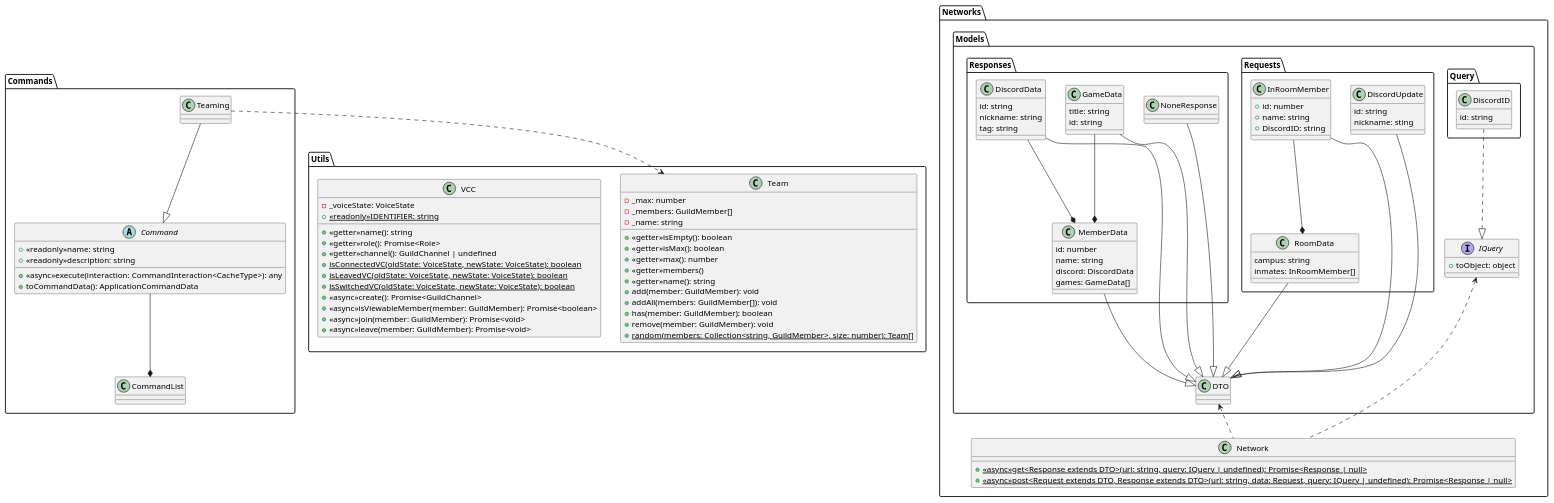
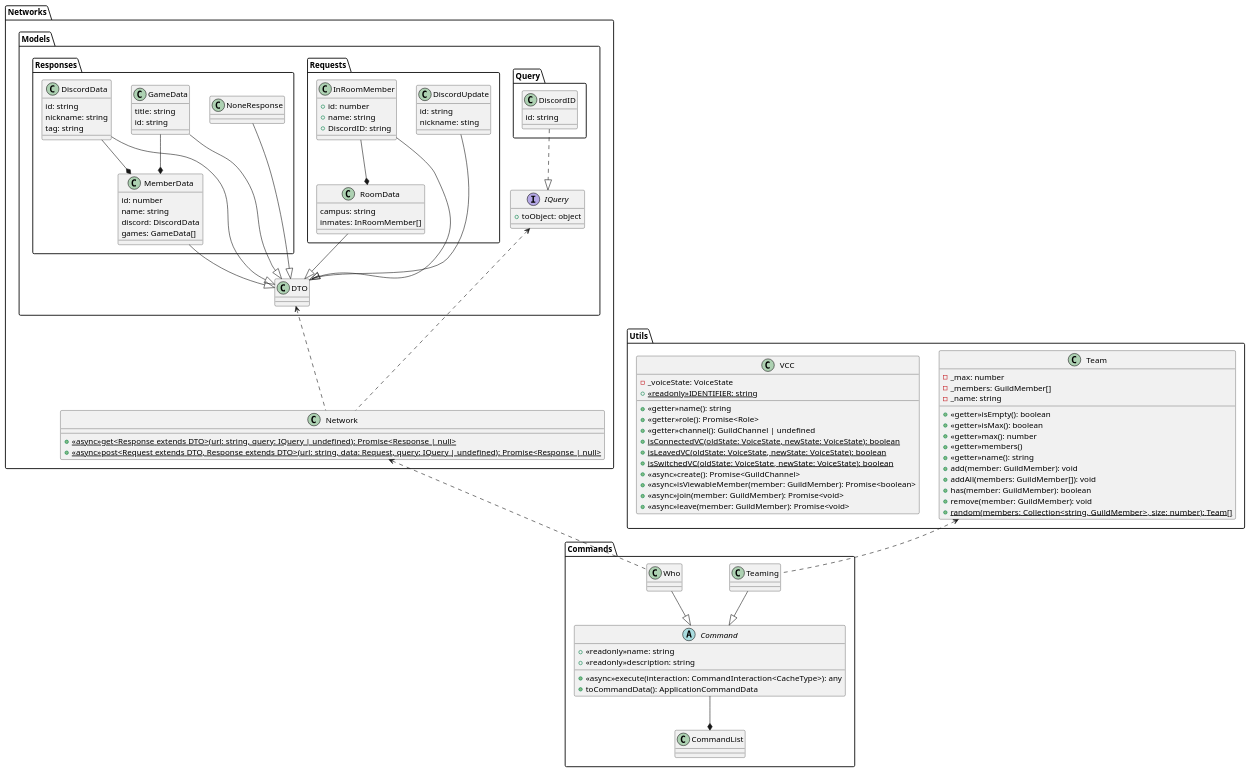
The diagram in classDiaglam.pu (nmskm240/Discord-bot), drawn with PlantUML before and after one commit. The commit also changed 3 other files, not shown here.

Commit message:
create who command

```diff
--- a/classDiaglam.pu
+++ b/classDiaglam.pu
@@ -1,146 +1,149 @@
 @startuml Discord-bot
 
 package Commands
 {
     abstract class Command
     {
         +<<readonly>>name: string
         +<<readonly>>description: string
         +<<async>>execute(interaction: CommandInteraction<CacheType>): any
         +toCommandData(): ApplicationCommandData
     }
     class CommandList
     class Teaming
+    class Who
 }
 
 package Networks
 {
     package Models
     {
         package Query
         {
             class DiscordID
             {
                 id: string
             }
         }
 
         package Requests
         {
             class DiscordUpdate
             {
                 id: string
                 nickname: sting
             }
 
             class InRoomMember
             {
                 +id: number
                 +name: string
                 +DiscordID: string
             }
 
             class RoomData
             {
                 campus: string
                 inmates: InRoomMember[]
             }
         }
 
         package Responses
         {
             class DiscordData
             {
                 id: string
                 nickname: string
                 tag: string
             }
 
             class GameData
             {
                 title: string
                 id: string
             }
 
             class MemberData
             {
                 id: number
                 name: string
                 discord: DiscordData
                 games: GameData[]
             }
 
             class NoneResponse
         }
         class DTO
         interface IQuery
         {
             +toObject: object
         }
     }
 
     class Network
     {
         +<<async>>{static}get<Response extends DTO>(url: string, query: IQuery | undefined): Promise<Response | null>
         +<<async>>{static}post<Request extends DTO, Response extends DTO>(url: string, data: Request, query: IQuery | undefined): Promise<Response | null>
     }
 }
 
 package Utils
 {
     class Team
     {
         -_max: number
         -_members: GuildMember[]
         -_name: string
         +<<getter>>isEmpty(): boolean
         +<<getter>>isMax(): boolean
         +<<getter>>max(): number
         +<<getter>>members()
         +<<getter>>name(): string
         +add(member: GuildMember): void
         +addAll(members: GuildMember[]): void
         +has(member: GuildMember): boolean
         +remove(member: GuildMember): void
         +{static}random(members: Collection<string, GuildMember>, size: number): Team[]
     }
 
     class VCC
     {
         -_voiceState: VoiceState
         +<<getter>>name(): string
         +<<getter>>role(): Promise<Role>
         +<<getter>>channel(): GuildChannel | undefined
         +<<readonly>>{static}IDENTIFIER: string
         +{static}isConnectedVC(oldState: VoiceState, newState: VoiceState): boolean
         +{static}isLeavedVC(oldState: VoiceState, newState: VoiceState): boolean
         +{static}isSwitchedVC(oldState: VoiceState, newState: VoiceState): boolean
         +<<async>>create(): Promise<GuildChannel>
         +<<async>>isViewableMember(member: GuildMember): Promise<boolean>
         +<<async>>join(member: GuildMember): Promise<void>
         +<<async>>leave(member: GuildMember): Promise<void>
     }
 }
 
 Teaming --|> Command
+Who --|> Command
 
 DiscordUpdate --|> DTO
 InRoomMember --|> DTO
 RoomData --|> DTO
 DiscordData --|> DTO
 GameData --|> DTO
 MemberData --|> DTO
 NoneResponse --|> DTO
 
 DiscordID ..|> IQuery
 
 Command --* CommandList
 InRoomMember --* RoomData
 GameData --* MemberData
 DiscordData --* MemberData
 
-Teaming .down.> Team
+Teaming .up.> Team
+Who .up.> Network
 Network .up.> IQuery
 Network .up.> DTO
 
 @enduml
```
